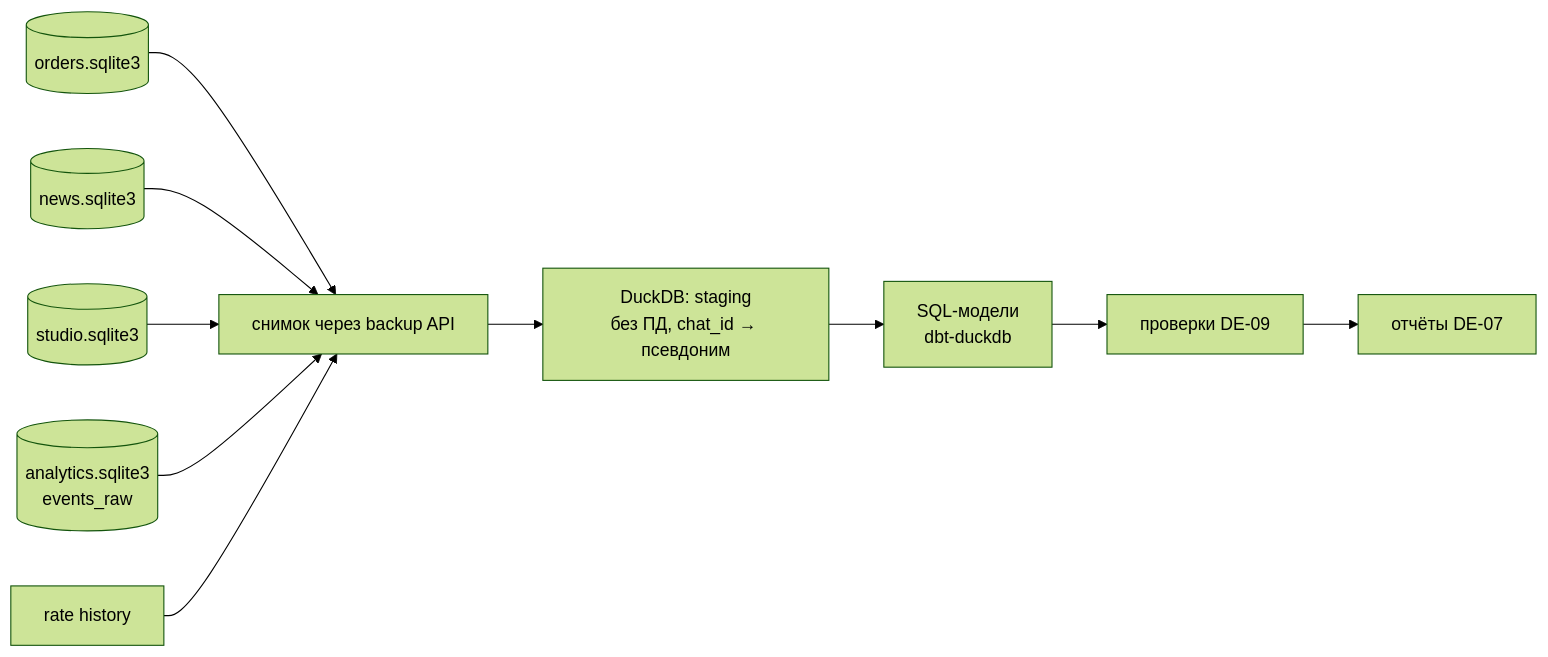
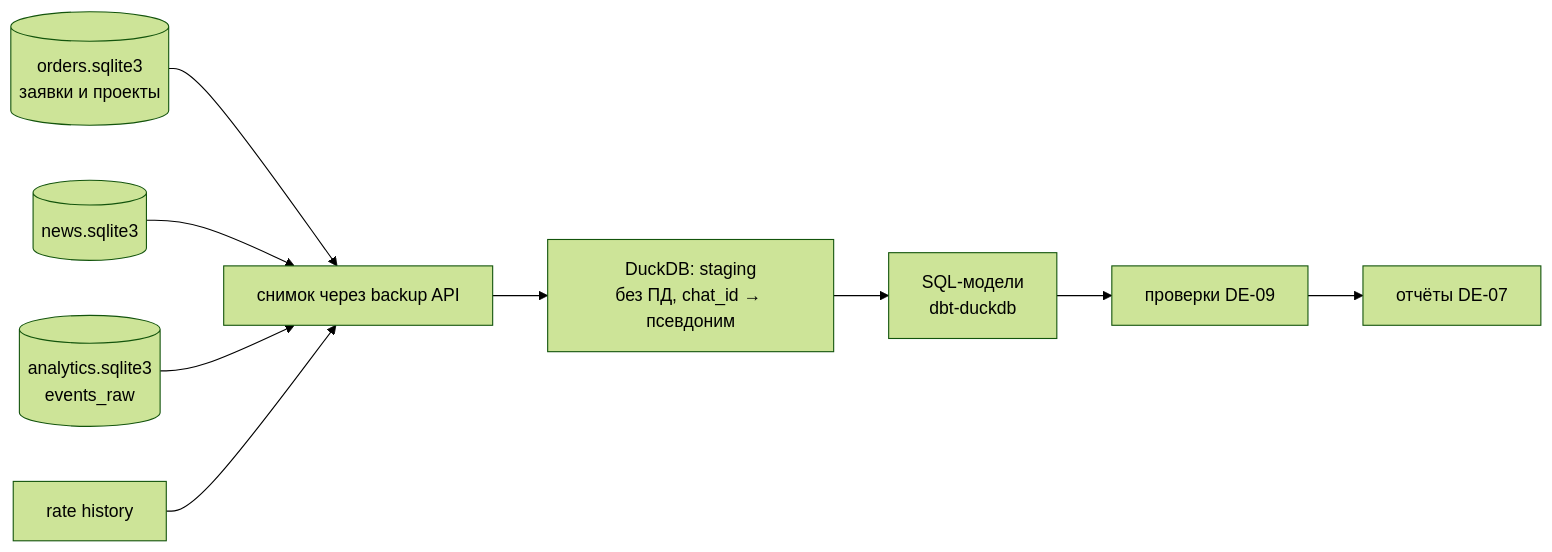
One commit to xondamirx9/XLab changed the diagram in docs/obsidian/Codex Lab/ТЗ Data Engineer.md. Above: the diagram before and after it, drawn with Mermaid (forest theme). The commit also changed other lines of this file and 5 other files, not shown here.

````diff
--- a/docs/obsidian/Codex Lab/ТЗ Data Engineer.md
+++ b/docs/obsidian/Codex Lab/ТЗ Data Engineer.md
@@ -135,12 +134,11 @@
 ```mermaid
 flowchart LR
-    O[(orders.sqlite3)] --> SN[снимок через backup API]
+    O[(orders.sqlite3<br>заявки и проекты)] --> SN[снимок через backup API]
     N[(news.sqlite3)] --> SN
-    S[(studio.sqlite3)] --> SN
     A[(analytics.sqlite3<br>events_raw)] --> SN
     R[rate history] --> SN
     SN --> ST[DuckDB: staging<br>без ПД, chat_id → псевдоним]
     ST --> M[SQL-модели<br>dbt-duckdb]
     M --> T[проверки DE-09]
     T --> REP[отчёты DE-07]
 ```
````
